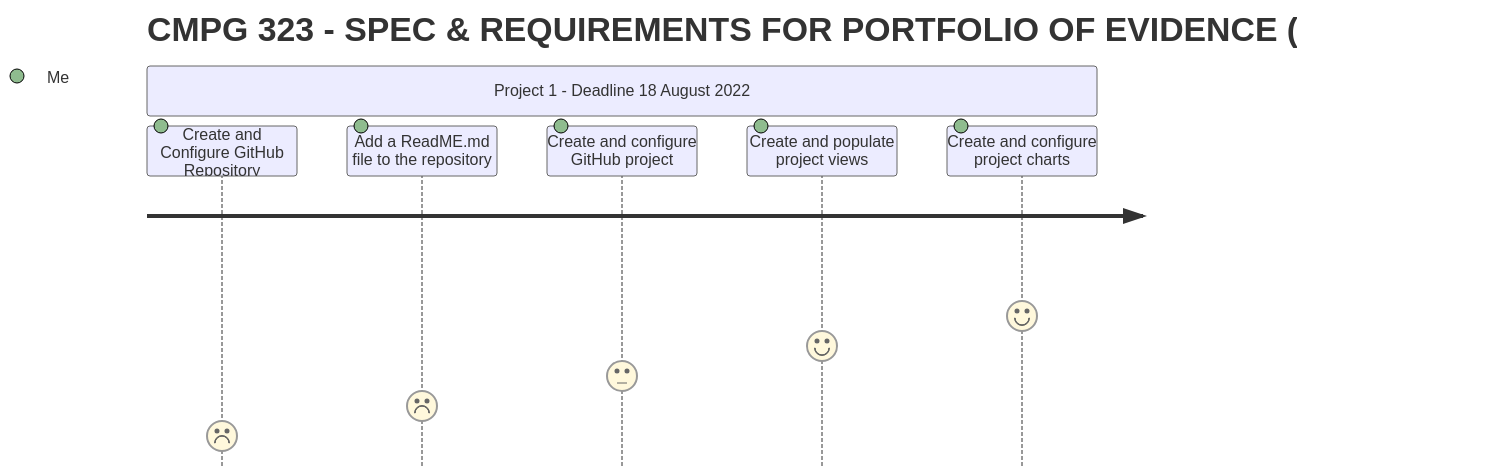
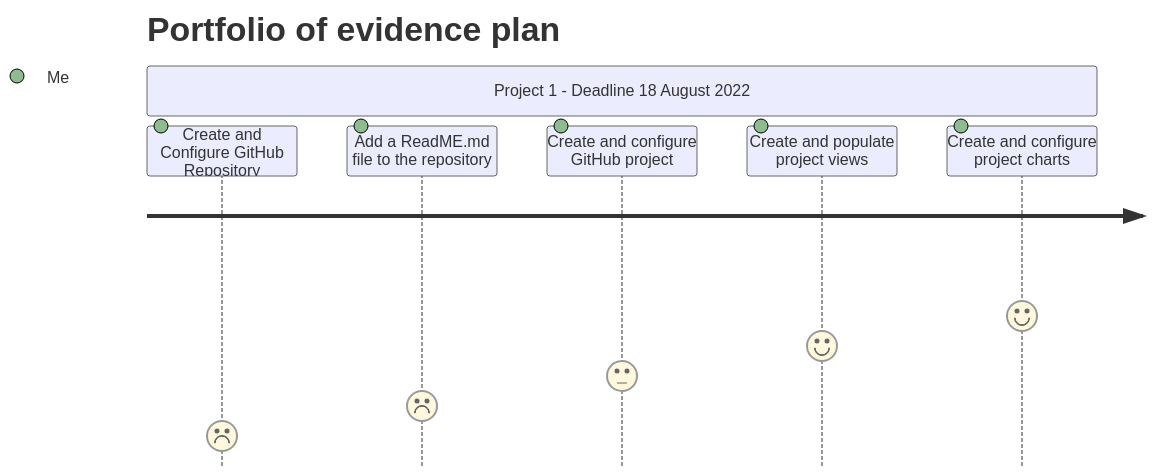
One commit to 36309915/CMPG-323-Overview---36309915 changed the diagram in README.md. Above: the diagram before and after it, drawn with Mermaid. The commit also changed other lines of this file, not shown here.

````diff
--- a/README.md
+++ b/README.md
@@ -27,16 +27,16 @@
 ```mermaid
 journey
-	title CMPG 323 - SPEC & REQUIREMENTS FOR PORTFOLIO OF EVIDENCE (POE) EXAM
+	title Portfolio of evidence plan
 	section Project 1 - Deadline 18 August 2022
 		Create and Configure GitHub Repository: 1: Me
 		Add a ReadME.md file to the repository: 2: Me
 	 Create and configure GitHub project: 3: Me
   Create and populate project views: 4: Me
   Create and configure project charts: 5: Me
 	section Project 2 - Deadline 8 September 2022
 	section Project 3 - Deadline 29 September 2022
  section Project 4 - Deadline 20 October 2022
  section Project 5 - Deadline 3 November 2022
  section Project 6 - EXAM (POE) - Deadline 18 November 2022
 
 ```
````
